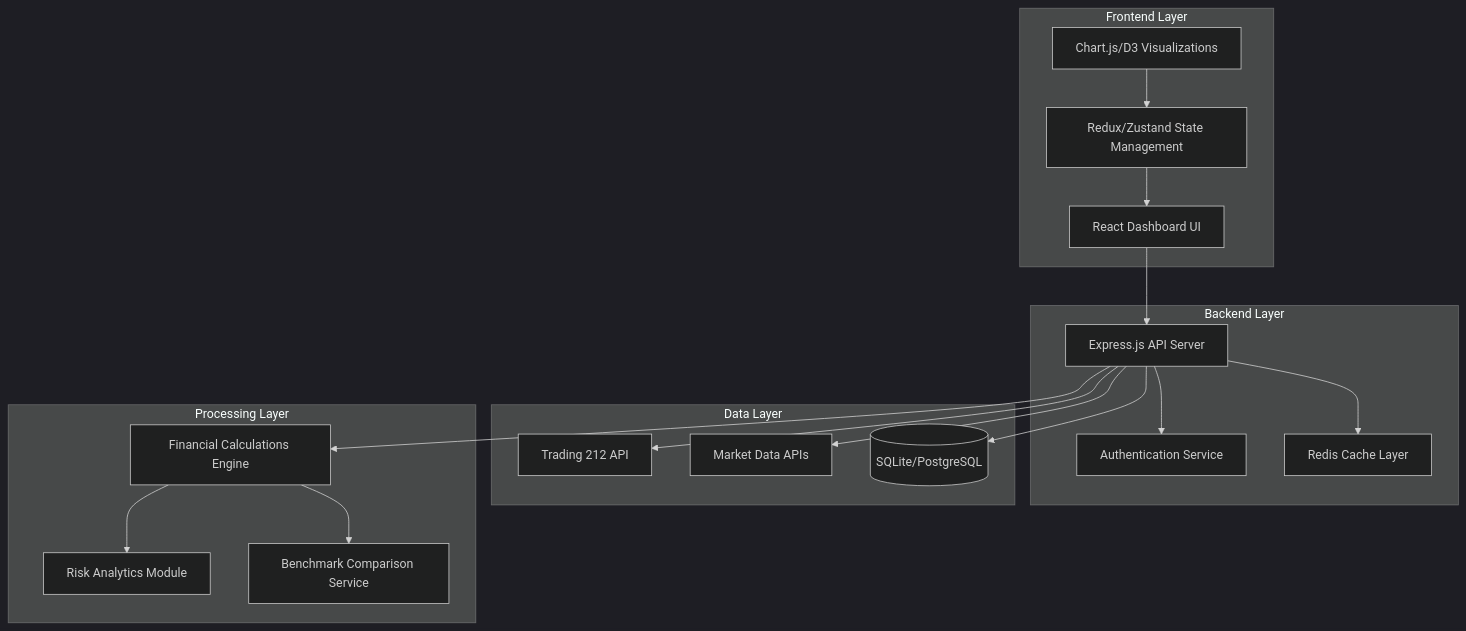
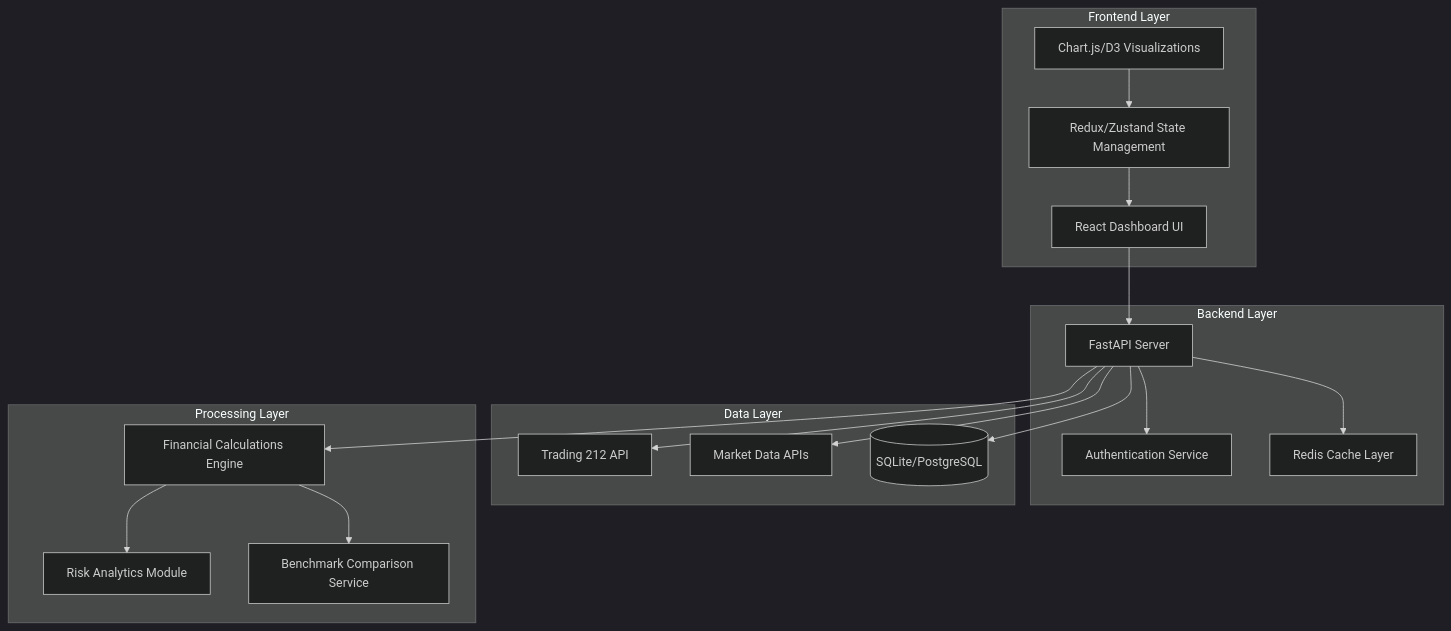
One commit to akin-mustapha/portfolio-manager-application changed the first of 2 diagrams in .kiro/specs/trading212-portfolio-dashboard/design.md. Above: the diagram before and after it, drawn with Mermaid (dark theme). The commit also changed other lines of this file and 14 other files, not shown here.

````diff
--- a/.kiro/specs/trading212-portfolio-dashboard/design.md
+++ b/.kiro/specs/trading212-portfolio-dashboard/design.md
@@ -11,38 +11,38 @@
 ```mermaid
 graph TB
     subgraph "Frontend Layer"
         UI[React Dashboard UI]
         Charts[Chart.js/D3 Visualizations]
         State[Redux/Zustand State Management]
     end
     
     subgraph "Backend Layer"
-        API[Express.js API Server]
+        API[FastAPI Server]
         Auth[Authentication Service]
         Cache[Redis Cache Layer]
     end
     
     subgraph "Data Layer"
         T212[Trading 212 API]
         Market[Market Data APIs]
         DB[(SQLite/PostgreSQL)]
     end
     
     subgraph "Processing Layer"
         Calc[Financial Calculations Engine]
         Risk[Risk Analytics Module]
         Bench[Benchmark Comparison Service]
     end
     
     UI --> API
     Charts --> State
     State --> UI
     API --> Auth
     API --> Cache
     API --> T212
     API --> Market
     API --> DB
     API --> Calc
     Calc --> Risk
     Calc --> Bench
 ```
````
